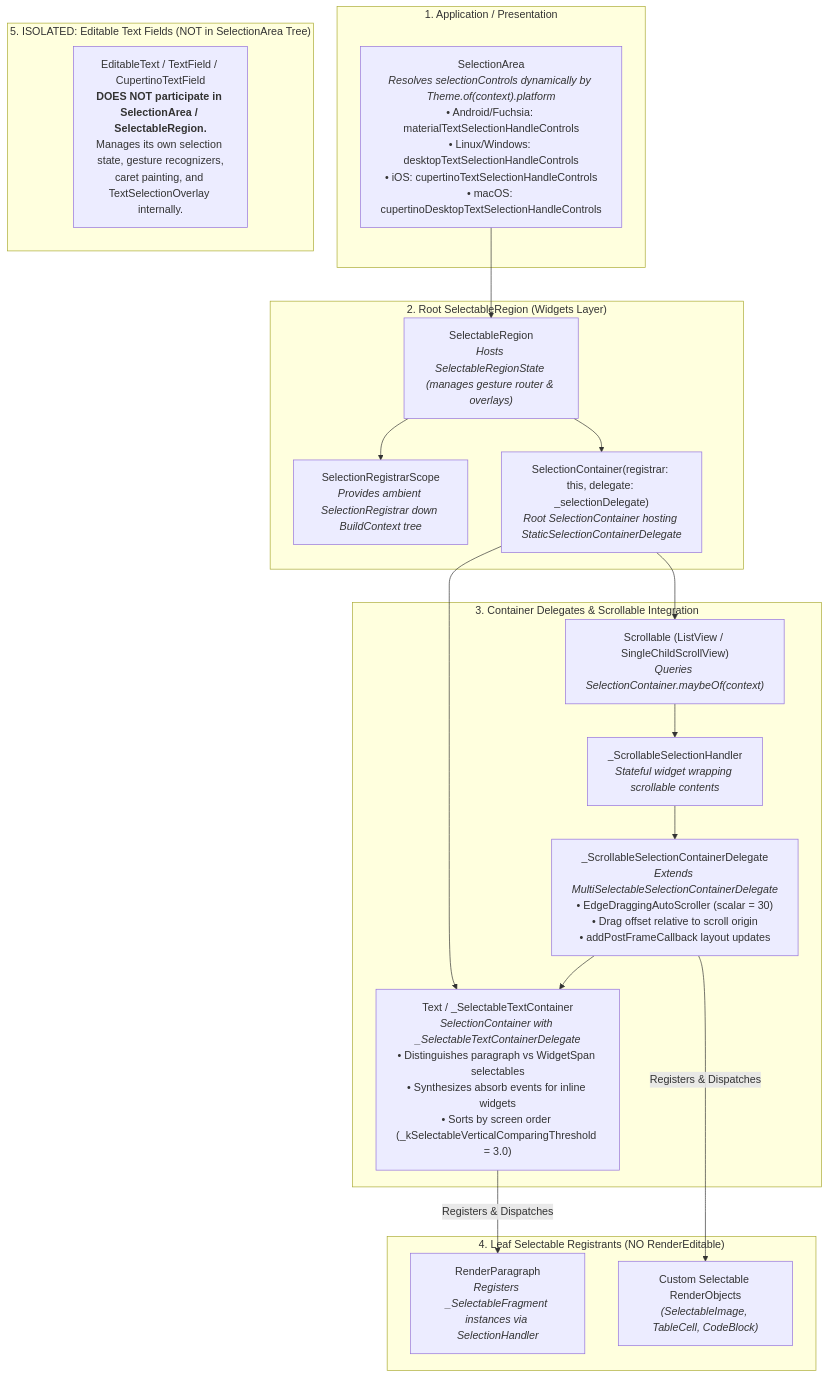
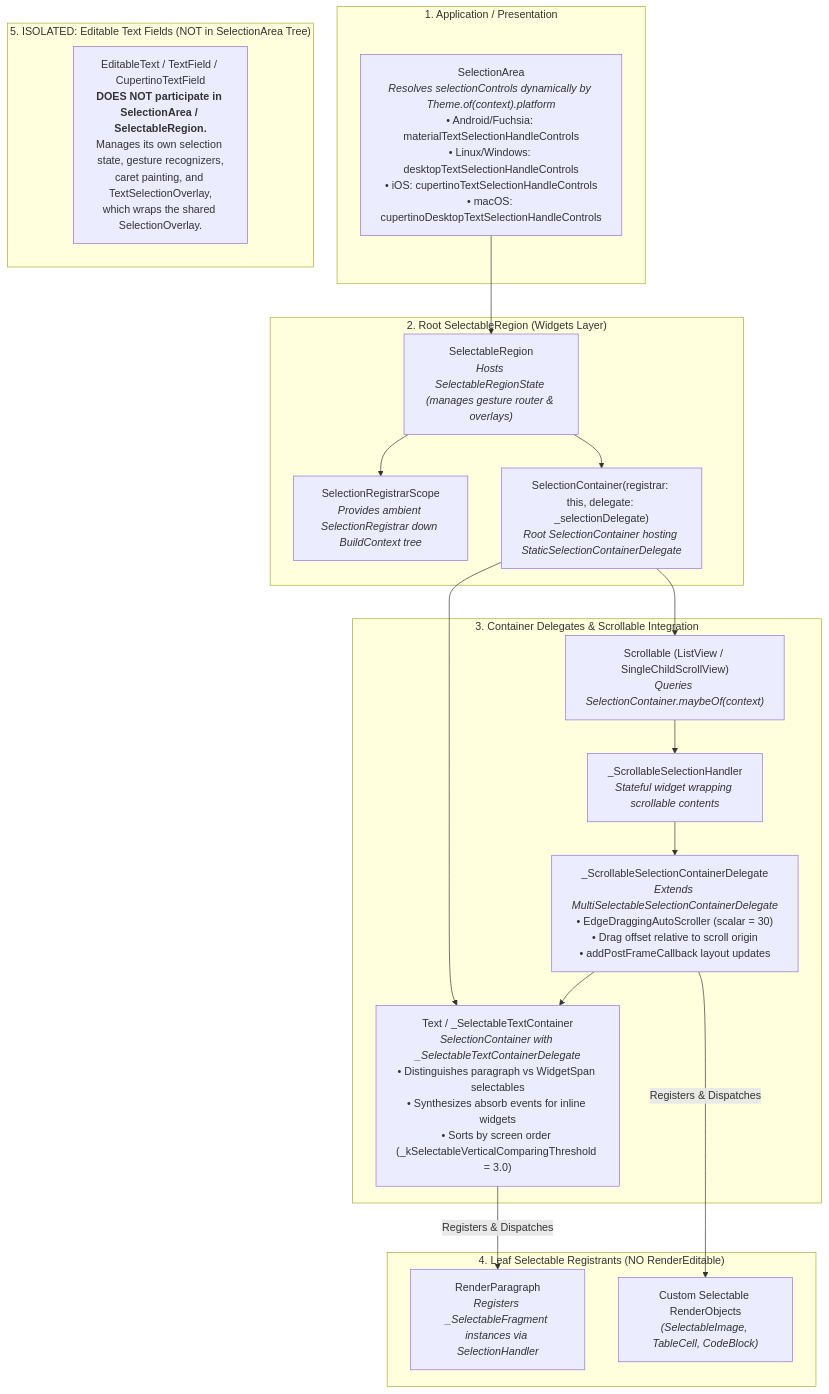
The second of 2 diagrams in .agents/skills/flutter-text-domain-expert/references/static_text_pipeline.md (Renzo-Olivares/flutter), drawn with Mermaid before and after one commit. The commit also changed other lines of this file and 5 other files, not shown here.

````diff
--- a/.agents/skills/flutter-text-domain-expert/references/static_text_pipeline.md
+++ b/.agents/skills/flutter-text-domain-expert/references/static_text_pipeline.md
@@ -618,39 +622,39 @@
 ```mermaid
 graph TD
     subgraph App_Layer ["1. Application / Presentation"]
         SA["SelectionArea<br/><i>Resolves selectionControls dynamically by Theme.of(context).platform</i><br/>• Android/Fuchsia: materialTextSelectionHandleControls<br/>• Linux/Windows: desktopTextSelectionHandleControls<br/>• iOS: cupertinoTextSelectionHandleControls<br/>• macOS: cupertinoDesktopTextSelectionHandleControls"]
     end
 
     subgraph Root_Region ["2. Root SelectableRegion (Widgets Layer)"]
         SR["SelectableRegion<br/><i>Hosts SelectableRegionState (manages gesture router & overlays)</i>"]
         SRS["SelectionRegistrarScope<br/><i>Provides ambient SelectionRegistrar down BuildContext tree</i>"]
         Root_SC["SelectionContainer(registrar: this, delegate: _selectionDelegate)<br/><i>Root SelectionContainer hosting StaticSelectionContainerDelegate</i>"]
     end
 
     subgraph Container_Delegates ["3. Container Delegates & Scrollable Integration"]
         Scroll["Scrollable (ListView / SingleChildScrollView)<br/><i>Queries SelectionContainer.maybeOf(context)</i>"]
         SSH["_ScrollableSelectionHandler<br/><i>Stateful widget wrapping scrollable contents</i>"]
         SSCD["_ScrollableSelectionContainerDelegate<br/><i>Extends MultiSelectableSelectionContainerDelegate</i><br/>• EdgeDraggingAutoScroller (scalar = 30)<br/>• Drag offset relative to scroll origin<br/>• addPostFrameCallback layout updates"]
         STCD["Text / _SelectableTextContainer<br/><i>SelectionContainer with _SelectableTextContainerDelegate</i><br/>• Distinguishes paragraph vs WidgetSpan selectables<br/>• Synthesizes absorb events for inline widgets<br/>• Sorts by screen order (_kSelectableVerticalComparingThreshold = 3.0)"]
     end
 
     subgraph Leaf_Selectables ["4. Leaf Selectable Registrants (NO RenderEditable)"]
         RP_Leaf["RenderParagraph<br/><i>Registers _SelectableFragment instances via SelectionHandler</i>"]
         Custom_Leaf["Custom Selectable RenderObjects<br/><i>(SelectableImage, TableCell, CodeBlock)</i>"]
     end
 
     subgraph Isolated_Editable ["5. ISOLATED: Editable Text Fields (NOT in SelectionArea Tree)"]
-        RE_Iso["EditableText / TextField / CupertinoTextField<br/><b>DOES NOT participate in SelectionArea / SelectableRegion.</b><br/>Manages its own selection state, gesture recognizers,<br/>caret painting, and TextSelectionOverlay internally."]
+        RE_Iso["EditableText / TextField / CupertinoTextField<br/><b>DOES NOT participate in SelectionArea / SelectableRegion.</b><br/>Manages its own selection state, gesture recognizers,<br/>caret painting, and TextSelectionOverlay,<br/>which wraps the shared SelectionOverlay."]
     end
 
     SA --> SR
     SR --> SRS
     SR --> Root_SC
     Root_SC --> Scroll
     Scroll --> SSH
     SSH --> SSCD
     Root_SC --> STCD
     SSCD --> STCD
     STCD -->|Registers & Dispatches| RP_Leaf
     SSCD -->|Registers & Dispatches| Custom_Leaf
 ```
````
